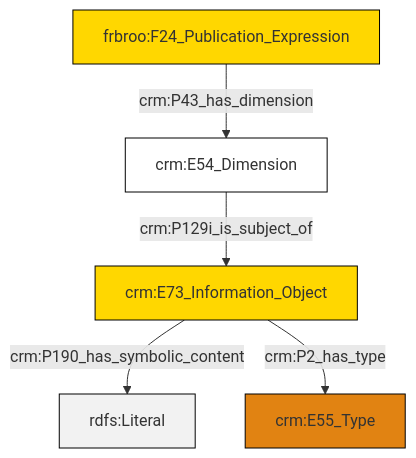
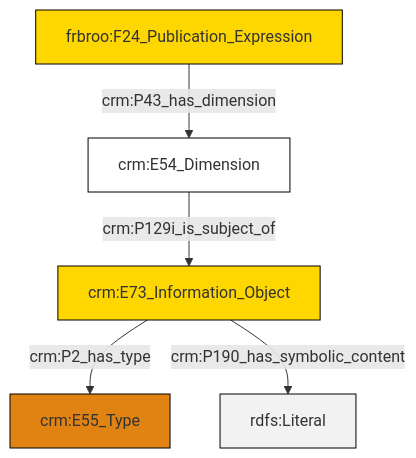
One commit to swiss-art-research-net/docs.swissartresearch changed the diagram in et/biblioCSV/ttl/mmd/biblio_substance.ttl.mmd. Above: the diagram before and after it, drawn with Mermaid. The commit also changed 179 other files, not shown here.

```diff
--- a/et/biblioCSV/ttl/mmd/biblio_substance.ttl.mmd
+++ b/et/biblioCSV/ttl/mmd/biblio_substance.ttl.mmd
@@ -1,19 +1,19 @@
 graph TD
 classDef Literal fill:#f2f2f2,stroke:#000000;
 classDef CRM_Entity fill:#FFFFFF,stroke:#000000;
 classDef Temporal_Entity fill:#00C9E6, stroke:#000000;
 classDef Type fill:#E18312, stroke:#000000;
 classDef Time-Span fill:#2C9C91, stroke:#000000;
 classDef Appellation fill:#FFEB7F, stroke:#000000;
 classDef Place fill:#008836, stroke:#000000;
 classDef Persistent_Item fill:#B266B2, stroke:#000000;
 classDef Conceptual_Object fill:#FFD700, stroke:#000000;
 classDef Physical_Thing fill:#D2B48C, stroke:#000000;
 classDef Actor fill:#f58aad, stroke:#000000;
 classDef PC_Classes fill:#4ce600, stroke:#000000;
 classDef Multi fill:#cccccc,stroke:#000000;
 
 0["frbroo:F24_Publication_Expression"]:::Conceptual_Object -->|crm:P43_has_dimension| 1["crm:E54_Dimension"]:::CRM_Entity
-2["crm:E73_Information_Object"]:::Conceptual_Object -->|crm:P190_has_symbolic_content| 3[rdfs:Literal]:::Literal
 1["crm:E54_Dimension"]:::CRM_Entity -->|crm:P129i_is_subject_of| 2["crm:E73_Information_Object"]:::Conceptual_Object
 2["crm:E73_Information_Object"]:::Conceptual_Object -->|crm:P2_has_type| 6["crm:E55_Type"]:::Type
+2["crm:E73_Information_Object"]:::Conceptual_Object -->|crm:P190_has_symbolic_content| 7[rdfs:Literal]:::Literal
```
